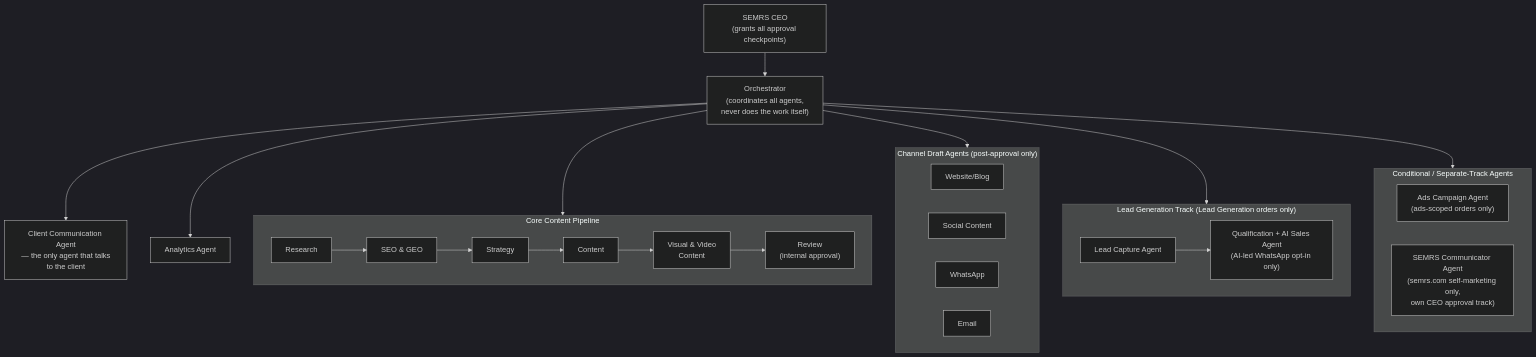
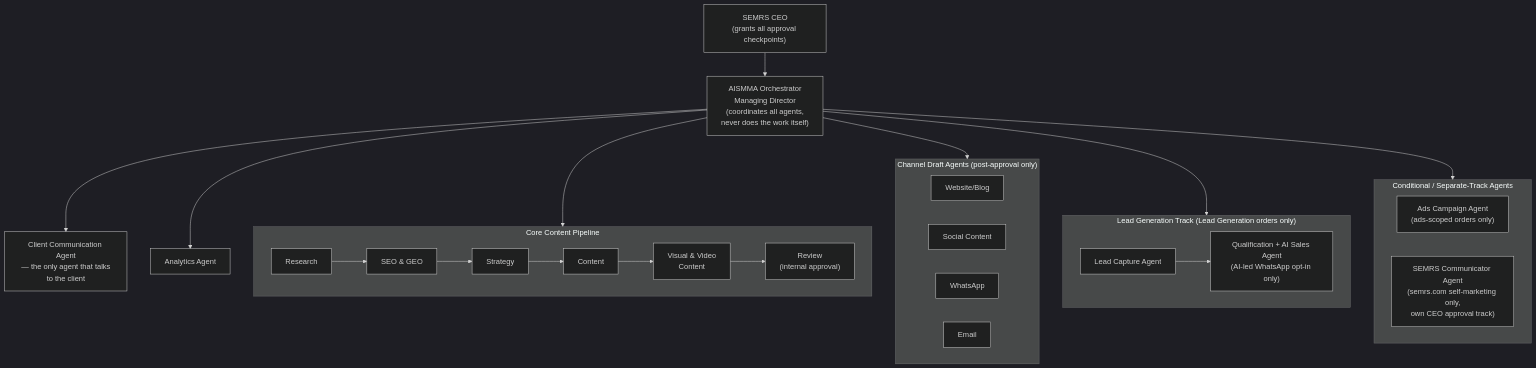
The first of 3 diagrams in CLAUDE.md (guestblogob-boop/SEMRS-MAM-System), drawn with Mermaid (dark theme) before and after one commit. The commit also changed other lines of this file and 4 other files, not shown here.

First line of the commit message:
Formalize system identity: SEMRS AISMMA, AISMMA Orchestrator (MD)

````diff
--- a/CLAUDE.md
+++ b/CLAUDE.md
@@ -719,38 +736,38 @@
 ```mermaid
 flowchart TD
     CEO["SEMRS CEO<br/>(grants all approval checkpoints)"]
-    ORCH["Orchestrator<br/>(coordinates all agents,<br/>never does the work itself)"]
+    ORCH["AISMMA Orchestrator<br/>Managing Director<br/>(coordinates all agents,<br/>never does the work itself)"]
     CEO --> ORCH
 
     ORCH --> CC["Client Communication Agent<br/>— the only agent that talks<br/>to the client"]
 
     subgraph PIPE["Core Content Pipeline"]
         direction LR
         RES["Research"] --> SEOG["SEO & GEO"] --> STRAT["Strategy"] --> CONT["Content"] --> VIS["Visual & Video<br/>Content"] --> REV["Review<br/>(internal approval)"]
     end
     ORCH --> PIPE
 
     subgraph DRAFT["Channel Draft Agents (post-approval only)"]
         direction LR
         WEB["Website/Blog"]
         SOC["Social Content"]
         WA["WhatsApp"]
         EM["Email"]
     end
     ORCH --> DRAFT
 
     ORCH --> AN["Analytics Agent"]
 
     subgraph LEADGEN["Lead Generation Track (Lead Generation orders only)"]
         direction LR
         LC["Lead Capture Agent"] --> QS["Qualification + AI Sales Agent<br/>(AI-led WhatsApp opt-in only)"]
     end
     ORCH --> LEADGEN
 
     subgraph COND["Conditional / Separate-Track Agents"]
         direction LR
         ADS["Ads Campaign Agent<br/>(ads-scoped orders only)"]
         SC["SEMRS Communicator Agent<br/>(semrs.com self-marketing only,<br/>own CEO approval track)"]
     end
     ORCH --> COND
 ```
````
